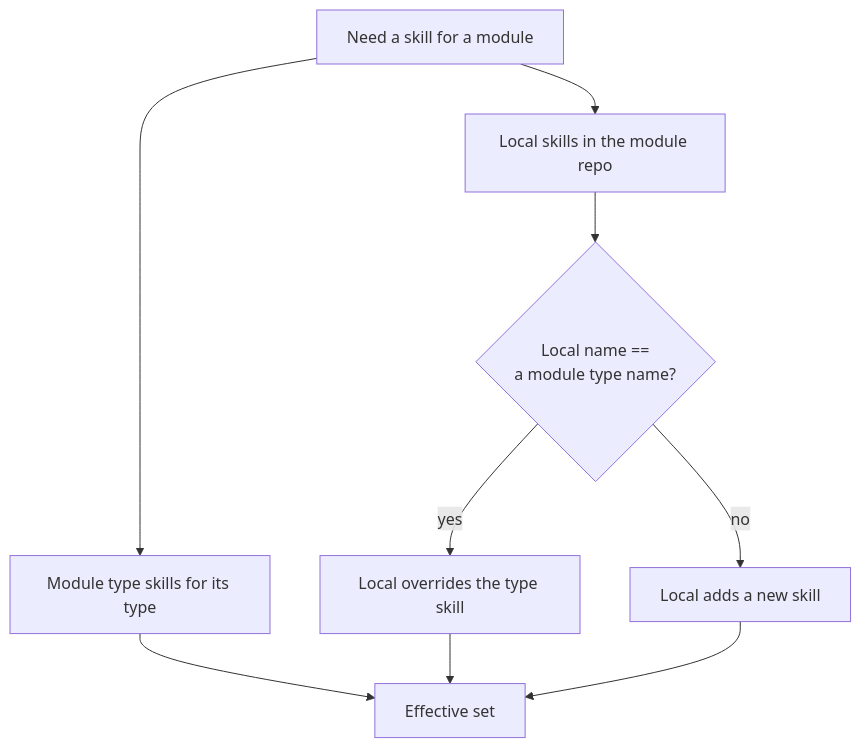
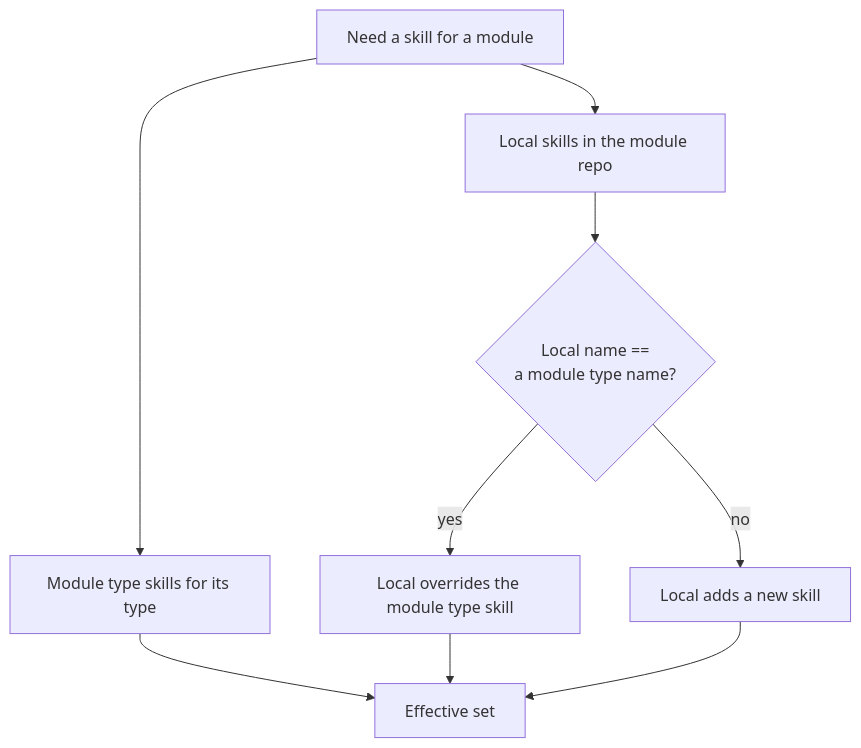
One commit to dryotta/open-knowledge-hub changed the second of 3 diagrams in docs/concepts-and-routing.md. Above: the diagram before and after it, drawn with Mermaid. The commit also changed 12 other files, not shown here.

````diff
--- a/docs/concepts-and-routing.md
+++ b/docs/concepts-and-routing.md
@@ -54,11 +54,11 @@
 ```mermaid
 flowchart TD
   Start["Need a skill for a module"] --> Type["Module type skills for its type"]
   Start --> Local["Local skills in the module repo"]
   Local --> Override{"Local name ==<br/>a module type name?"}
-  Override -->|yes| Shadow["Local overrides the type skill"]
+  Override -->|yes| Shadow["Local overrides the module type skill"]
   Override -->|no| Add["Local adds a new skill"]
   Type --> Merge["Effective set"]
   Shadow --> Merge
   Add --> Merge
 ```
````
